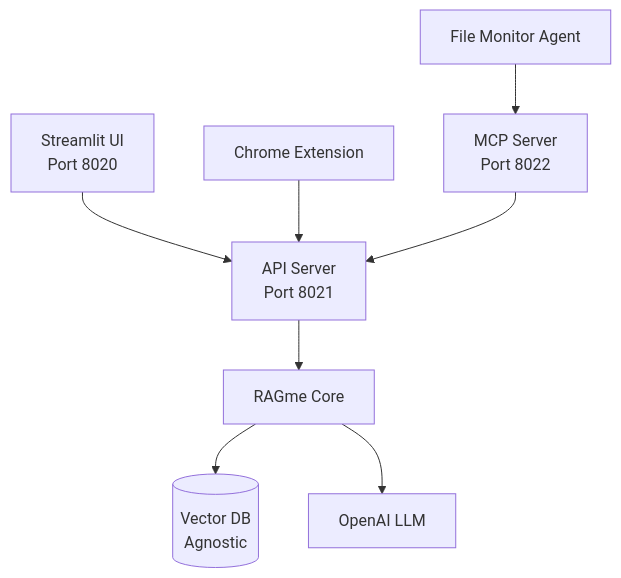
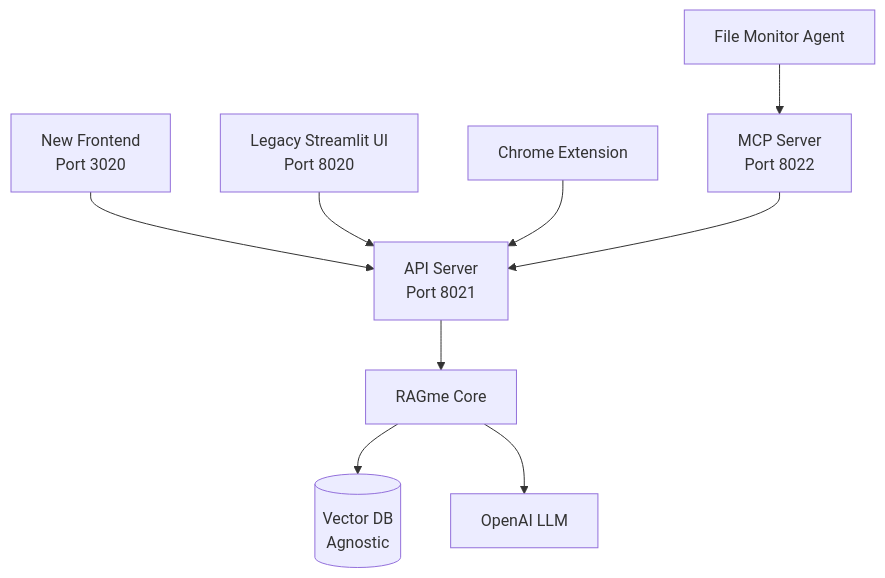
Before and after one commit to maximilien/ragme-io: the first of 3 diagrams in docs/PRESENTATION.md, drawn with Mermaid. The commit also changed other lines of this file and 4791 other files, not shown here.

````diff
--- a/docs/PRESENTATION.md
+++ b/docs/PRESENTATION.md
@@ -58,10 +80,11 @@
 ```mermaid
 flowchart TB
-    ui[Streamlit UI<br/>Port 8020] --> api[API Server<br/>Port 8021]
+    new-ui[New Frontend<br/>Port 3020] --> api[API Server<br/>Port 8021]
+    legacy-ui[Legacy Streamlit UI<br/>Port 8020] --> api
     chrome[Chrome Extension] --> api
     agent[File Monitor Agent] --> mcp[MCP Server<br/>Port 8022]
     mcp --> api
     api --> ragme[RAGme Core]
     ragme --> vector_db[(Vector DB<br/>Agnostic)]
     ragme --> openai[OpenAI LLM]
 ```
````
